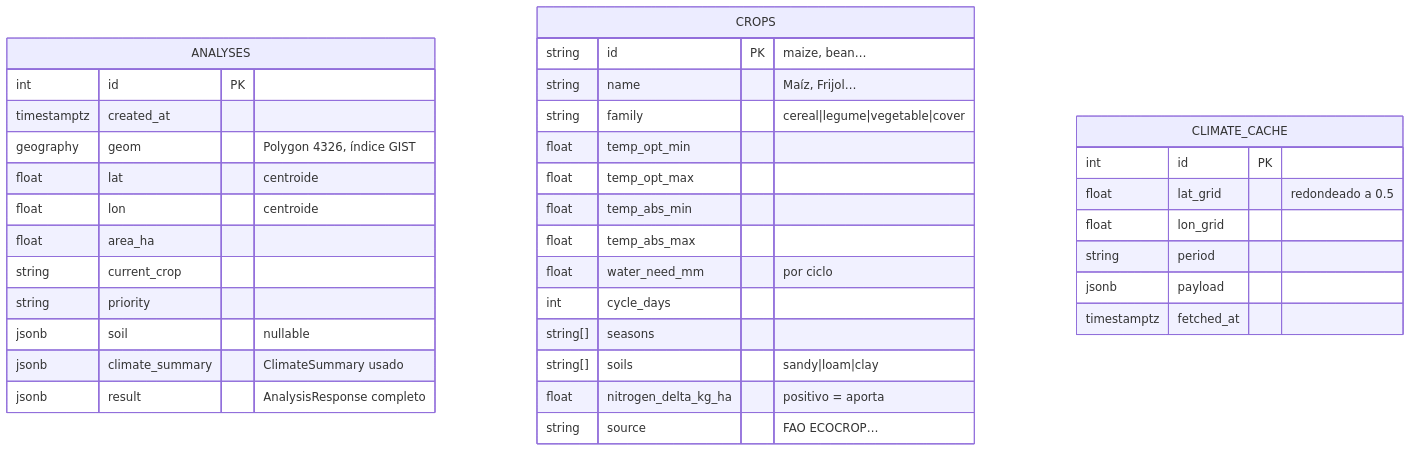
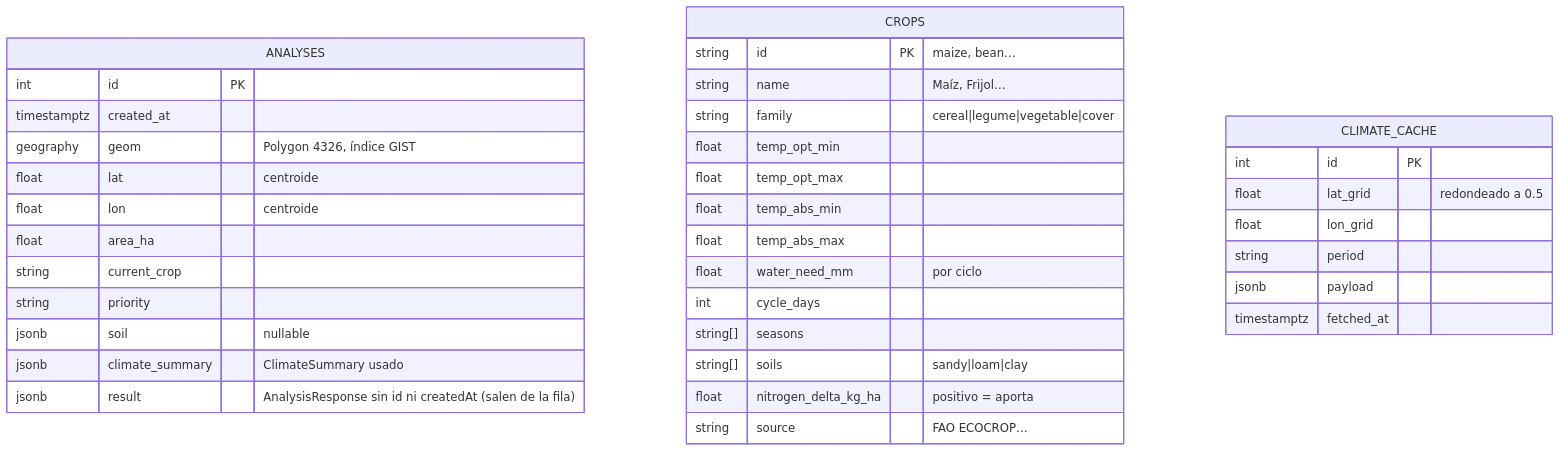
Before and after one commit to Maurongas/AgroBytes: the third of 3 diagrams in docs/ARQUITECTURA.md, drawn with Mermaid. The commit also changed other lines of this file and 10 other files, not shown here.

````diff
--- a/docs/ARQUITECTURA.md
+++ b/docs/ARQUITECTURA.md
@@ -279,39 +278,39 @@
 ```mermaid
 erDiagram
     ANALYSES {
         int id PK
         timestamptz created_at
         geography geom "Polygon 4326, índice GIST"
         float lat "centroide"
         float lon "centroide"
         float area_ha
         string current_crop
         string priority
         jsonb soil "nullable"
         jsonb climate_summary "ClimateSummary usado"
-        jsonb result "AnalysisResponse completo"
+        jsonb result "AnalysisResponse sin id ni createdAt (salen de la fila)"
     }
     CROPS {
         string id PK "maize, bean…"
         string name "Maíz, Frijol…"
         string family "cereal|legume|vegetable|cover"
         float temp_opt_min
         float temp_opt_max
         float temp_abs_min
         float temp_abs_max
         float water_need_mm "por ciclo"
         int cycle_days
         string[] seasons
         string[] soils "sandy|loam|clay"
         float nitrogen_delta_kg_ha "positivo = aporta"
         string source "FAO ECOCROP…"
     }
     CLIMATE_CACHE {
         int id PK
         float lat_grid "redondeado a 0.5"
         float lon_grid
         string period
         jsonb payload
         timestamptz fetched_at
     }
 ```
````
